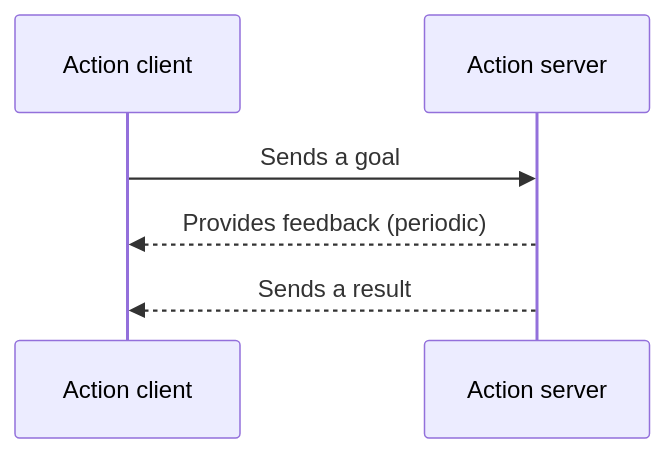
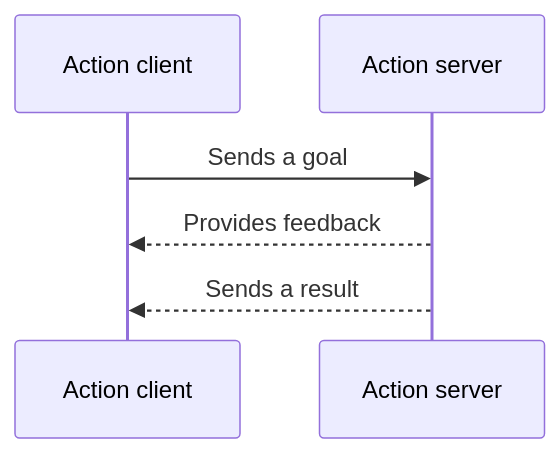
Before and after one commit to ros2/ros2_documentation: the third of 3 diagrams in source/ROS-Framework/Interfaces-Topics-Services-Actions.rst, drawn with Mermaid. The commit also changed other lines of this file and 8 other files, not shown here.

```diff
--- a/source/ROS-Framework/Interfaces-Topics-Services-Actions.rst
+++ b/source/ROS-Framework/Interfaces-Topics-Services-Actions.rst
@@ -110,8 +121,8 @@
 .. mermaid::
 
    sequenceDiagram
     participant c as Action client
     participant s as Action server
     c->>s: Sends a goal
-    s-->>c: Provides feedback (periodic)
+    s-->>c: Provides feedback
     s-->>c: Sends a result
```
